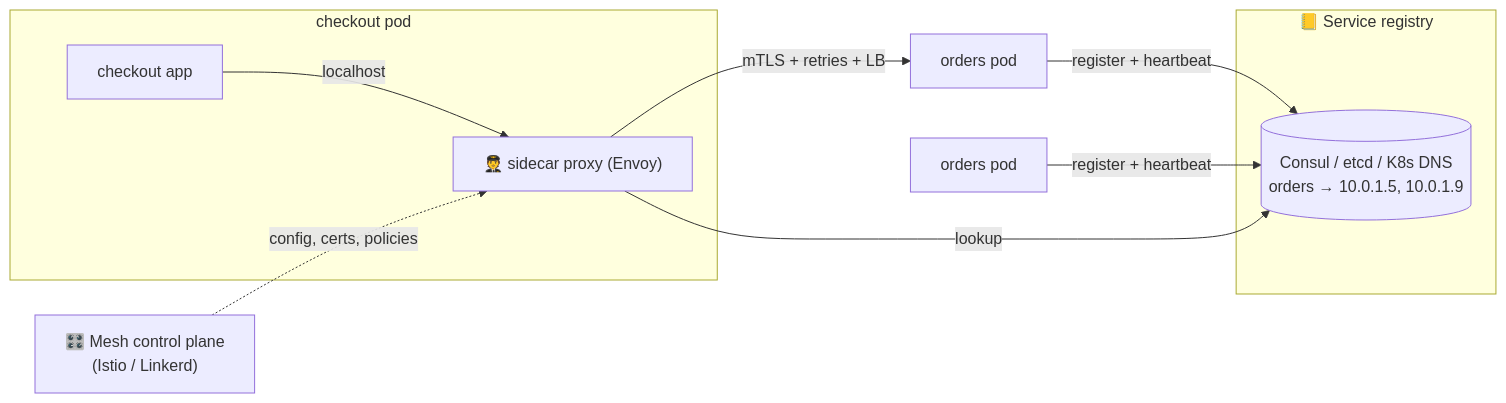
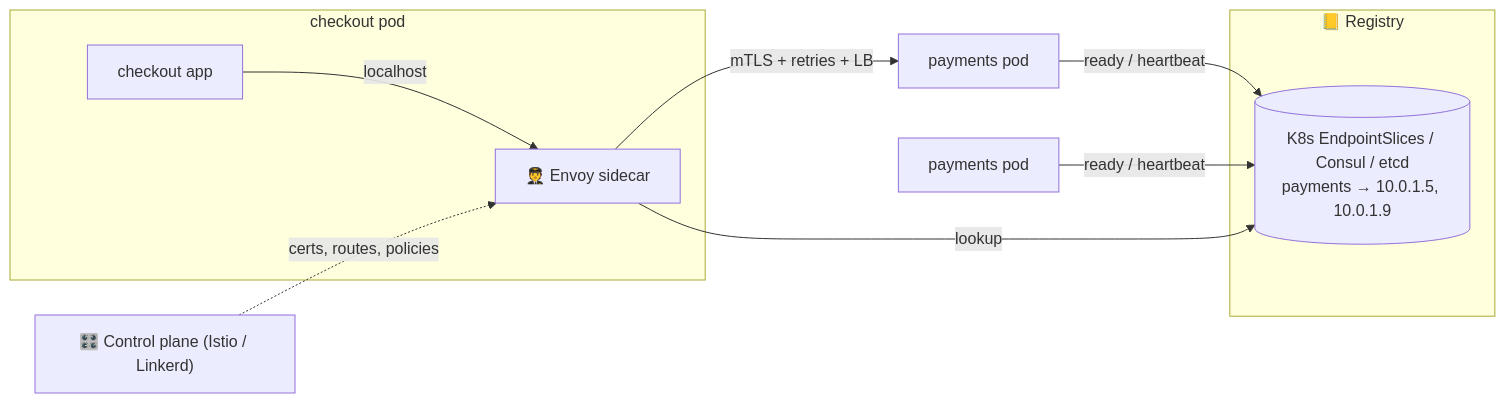
The diagram in phases/08-reliability-ops/071-service-discovery-and-mesh.md (winnyboy5/System-Design-from-Atoms), drawn with Mermaid before and after one commit. The commit also changed other lines of this file and 9 other files, not shown here.

````diff
--- a/phases/08-reliability-ops/071-service-discovery-and-mesh.md
+++ b/phases/08-reliability-ops/071-service-discovery-and-mesh.md
@@ -24,14 +32,14 @@
 ```mermaid
 flowchart LR
-    subgraph Discovery["📒 Service registry"]
-        REG[("Consul / etcd / K8s DNS<br/>orders → 10.0.1.5, 10.0.1.9")]
+    subgraph Discovery["📒 Registry"]
+        REG[("K8s EndpointSlices / Consul / etcd<br/>payments → 10.0.1.5, 10.0.1.9")]
     end
-    O1["orders pod"] -->|"register + heartbeat"| REG
-    O2["orders pod"] -->|"register + heartbeat"| REG
+    P1["payments pod"] -->|"ready / heartbeat"| REG
+    P2["payments pod"] -->|"ready / heartbeat"| REG
     subgraph MeshPod["checkout pod"]
-        APP["checkout app"] -->|"localhost"| SC["🧑‍✈️ sidecar proxy (Envoy)"]
+        APP["checkout app"] -->|"localhost"| SC["🧑‍✈️ Envoy sidecar"]
     end
     SC -->|"lookup"| REG
-    SC -->|"mTLS + retries + LB"| O1
-    CP["🎛️ Mesh control plane<br/>(Istio / Linkerd)"] -.->|"config, certs, policies"| SC
+    SC -->|"mTLS + retries + LB"| P1
+    CP["🎛️ Control plane (Istio / Linkerd)"] -.->|"certs, routes, policies"| SC
 ```
````
